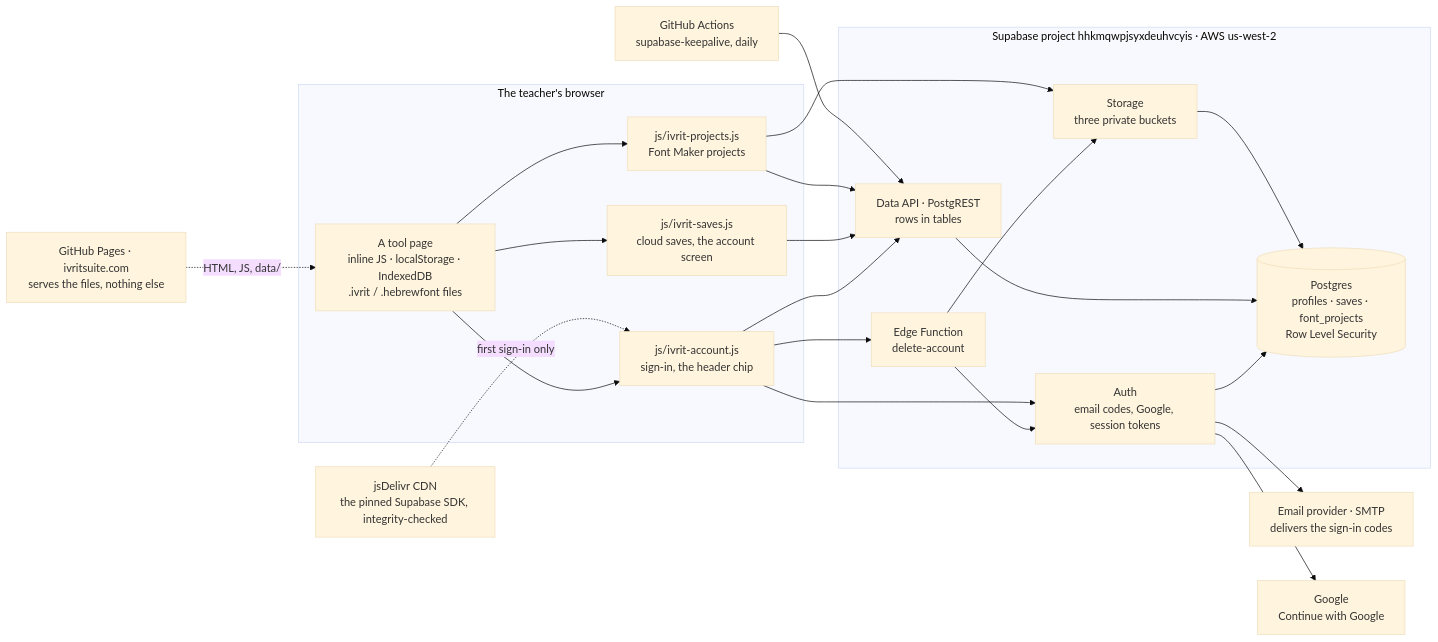
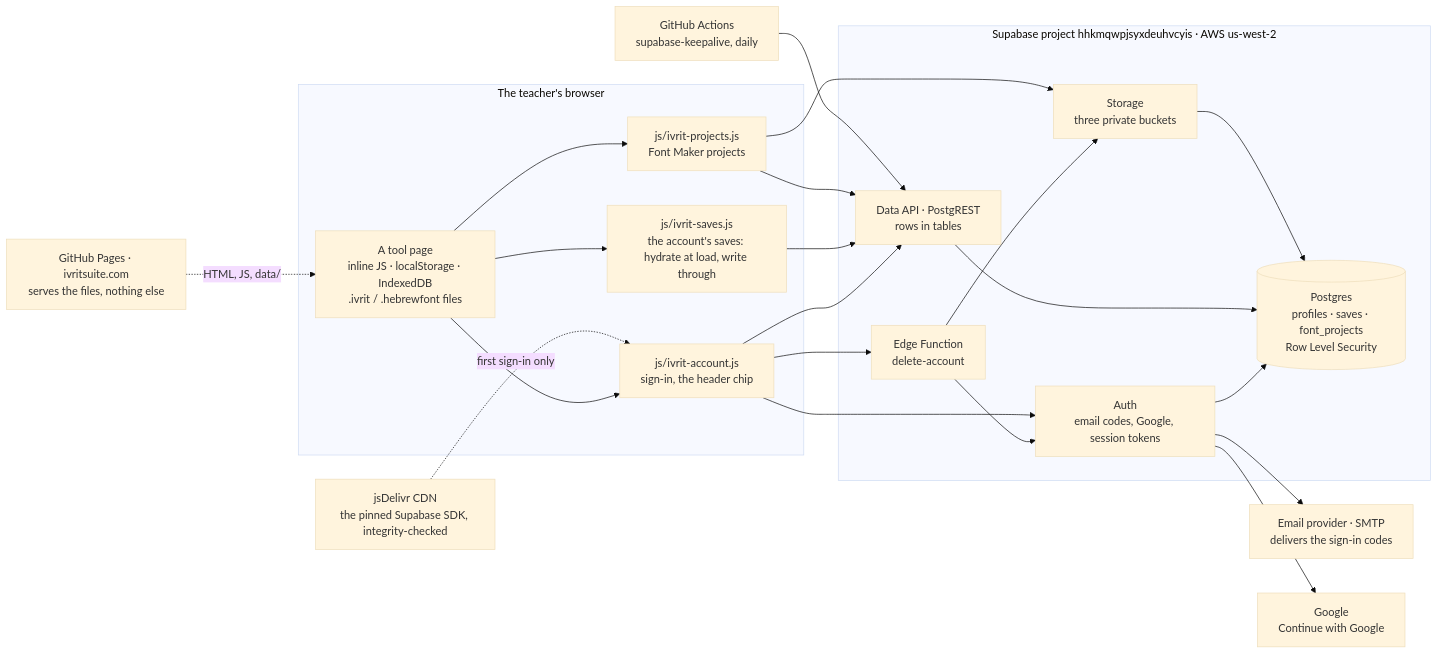
One commit to Hbleiberg/Hebrew_Blender changed the first of 4 diagrams in docs/backend-architecture.md. Above: the diagram before and after it, drawn with Mermaid (base theme). The commit also changed other lines of this file and 13 other files, not shown here.

First line of the commit message:
Docs: the account layer as it works now (hydrate, write-through, the name step and the card, sign-out)

````diff
--- a/docs/backend-architecture.md
+++ b/docs/backend-architecture.md
@@ -22,37 +22,37 @@
 ```mermaid
 flowchart LR
   subgraph browser["The teacher's browser"]
     page["A tool page<br/>inline JS · localStorage · IndexedDB<br/>.ivrit / .hebrewfont files"]
     acct["js/ivrit-account.js<br/>sign-in, the header chip"]
-    saves["js/ivrit-saves.js<br/>cloud saves, the account screen"]
+    saves["js/ivrit-saves.js<br/>the account's saves: hydrate at load, write through"]
     proj["js/ivrit-projects.js<br/>Font Maker projects"]
     page --> acct
     page --> saves
     page --> proj
   end
   pages["GitHub Pages · ivritsuite.com<br/>serves the files, nothing else"] -. "HTML, JS, data/" .-> page
   cdn["jsDelivr CDN<br/>the pinned Supabase SDK, integrity-checked"] -. "first sign-in only" .-> acct
   subgraph supabase["Supabase project hhkmqwpjsyxdeuhvcyis · AWS us-west-2"]
     auth["Auth<br/>email codes, Google, session tokens"]
     api["Data API · PostgREST<br/>rows in tables"]
     storage["Storage<br/>three private buckets"]
     fn["Edge Function<br/>delete-account"]
     db[("Postgres<br/>profiles · saves · font_projects<br/>Row Level Security")]
     auth --> db
     api --> db
     storage --> db
     fn --> auth
     fn --> storage
   end
   acct --> auth
   acct --> fn
   acct --> api
   saves --> api
   proj --> api
   proj --> storage
   mail["Email provider · SMTP<br/>delivers the sign-in codes"]
   google["Google<br/>Continue with Google"]
   auth --> mail
   auth --> google
   actions["GitHub Actions<br/>supabase-keepalive, daily"] --> api
 ```
````
